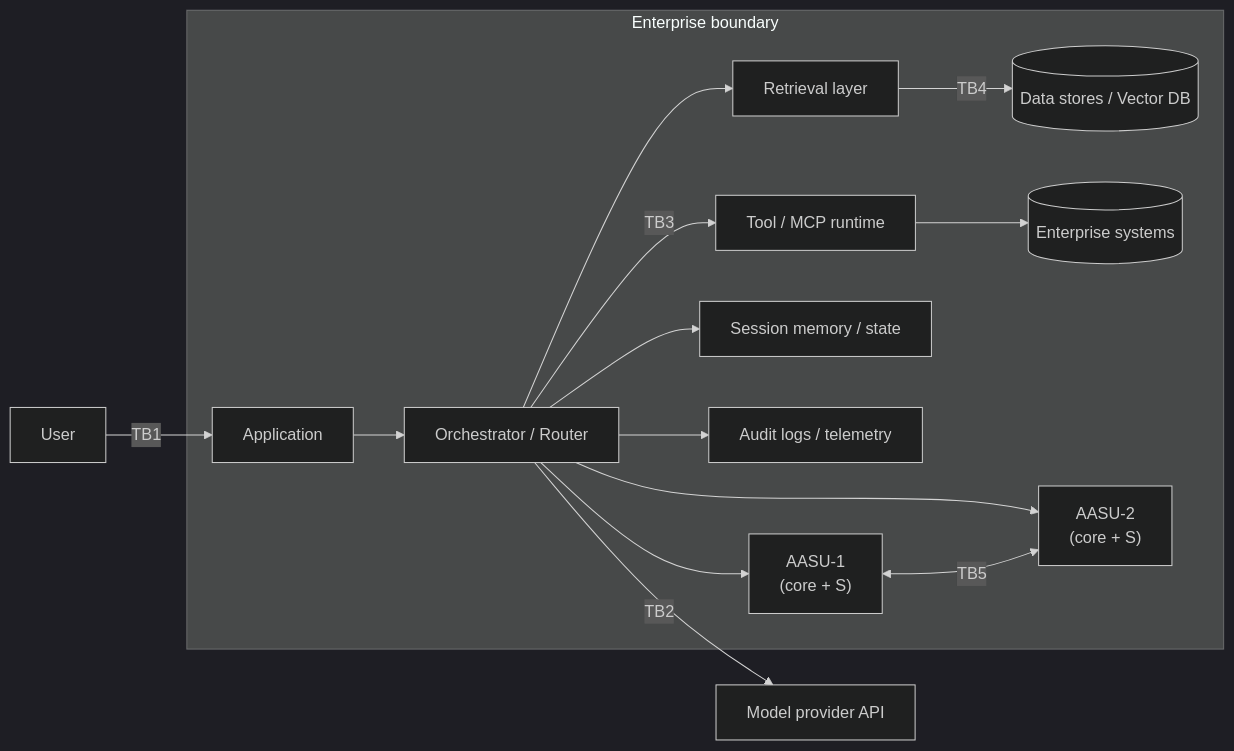
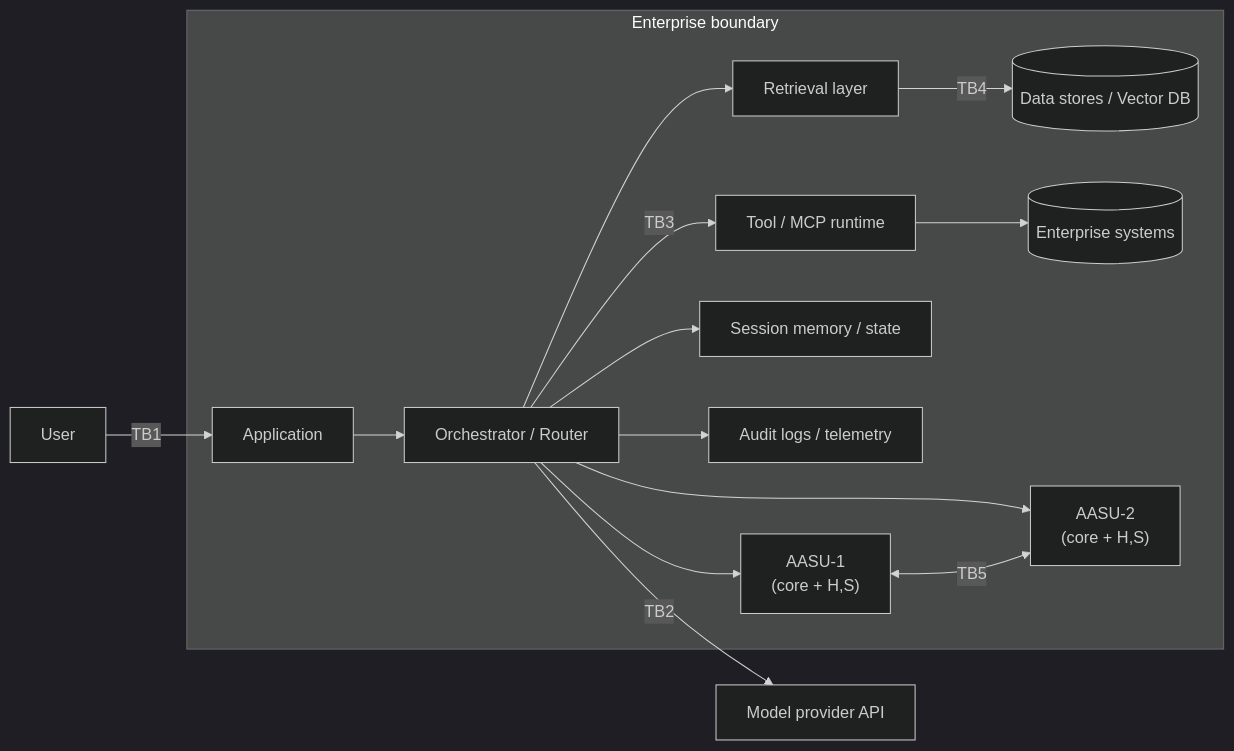
One commit to SAISec/AASU changed the seventh of 9 diagrams in AASU_White_Paper_Consolidated_v2_2.md. Above: the diagram before and after it, drawn with Mermaid (dark theme). The commit also changed other lines of this file and 16 other files, not shown here.

````diff
--- a/AASU_White_Paper_Consolidated_v2_2.md
+++ b/AASU_White_Paper_Consolidated_v2_2.md
@@ -261,23 +265,23 @@
 ```mermaid
 flowchart LR
   U[User] -->|TB1| APP[Application]
 
   subgraph ENT["Enterprise boundary"]
     APP --> ORCH[Orchestrator / Router]
 
     ORCH --> RET[Retrieval layer]
     RET -->|TB4| DATA[(Data stores / Vector DB)]
 
     ORCH -->|TB3| TOOL[Tool / MCP runtime]
     TOOL --> SYS[(Enterprise systems)]
 
     ORCH --> MEM[Session memory / state]
     ORCH --> LOG[Audit logs / telemetry]
 
-    ORCH --> A1["AASU-1<br/>(core + S)"]
-    ORCH --> A2["AASU-2<br/>(core + S)"]
+    ORCH --> A1["AASU-1<br/>(core + H,S)"]
+    ORCH --> A2["AASU-2<br/>(core + H,S)"]
     A1 <-->|TB5| A2
   end
 
   ORCH -->|TB2| LLM[Model provider API]
 ```
````
